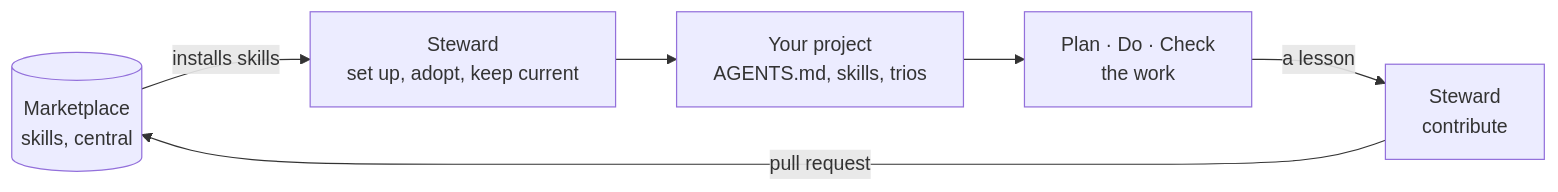
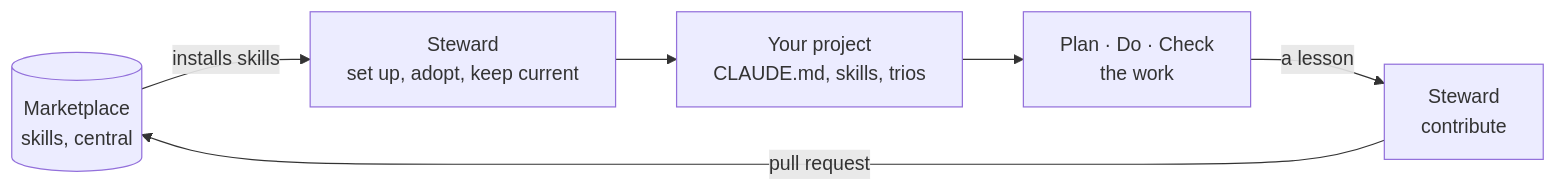
Before and after one commit to colla69/personal-claude-plugin-marketplace: the diagram in README.md, drawn with Mermaid. The commit also changed other lines of this file and 32 other files, not shown here.

First line of the commit message:
Write CLAUDE.md, not AGENTS.md, now the setup is Claude only

````diff
--- a/README.md
+++ b/README.md
@@ -14,10 +14,10 @@
 ```mermaid
 flowchart LR
     M[("Marketplace<br/>skills, central")]
     S1["Steward<br/>set up, adopt, keep current"]
-    P["Your project<br/>AGENTS.md, skills, trios"]
+    P["Your project<br/>CLAUDE.md, skills, trios"]
     T["Plan · Do · Check<br/>the work"]
     S2["Steward<br/>contribute"]
     M -->|installs skills| S1 --> P --> T
     T -->|a lesson| S2 -->|pull request| M
 ```
````
